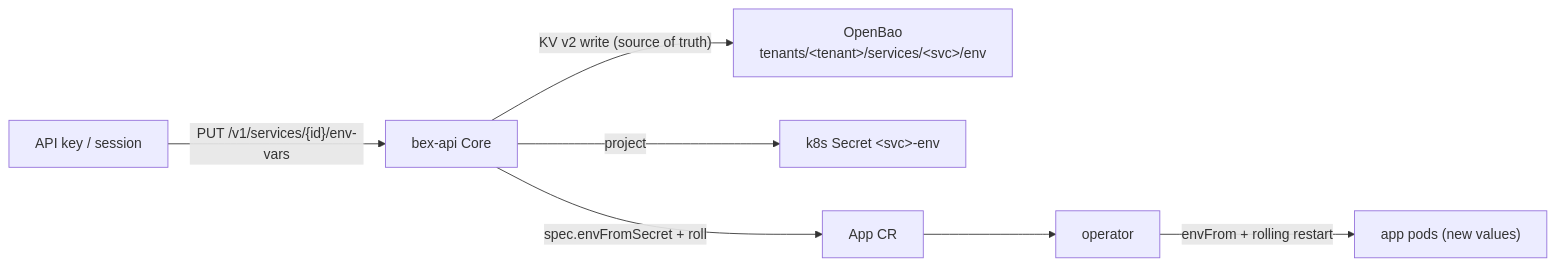
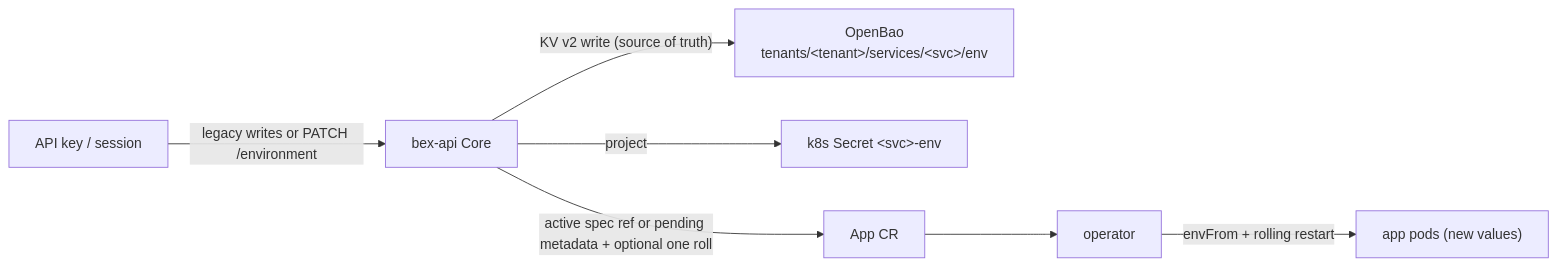
The diagram in docs/ADR013-secrets.md (cuckoo-network/cuckoo), drawn with Mermaid before and after one commit. The commit also changed other lines of this file and 52 other files, not shown here.

````diff
--- a/docs/ADR013-secrets.md
+++ b/docs/ADR013-secrets.md
@@ -71,9 +71,9 @@
 ```mermaid
 flowchart LR
-  caller["API key / session"] -->|"PUT /v1/services/{id}/env-vars"| api["bex-api Core"]
+  caller["API key / session"] -->|"legacy writes or PATCH /environment"| api["bex-api Core"]
   api -->|"KV v2 write (source of truth)"| bao["OpenBao<br/>tenants/&lt;tenant&gt;/services/&lt;svc&gt;/env"]
   api -->|"project"| sec["k8s Secret &lt;svc&gt;-env"]
-  api -->|"spec.envFromSecret + roll"| cr["App CR"]
+  api -->|"active spec ref or pending metadata + optional one roll"| cr["App CR"]
   cr --> op["operator"]
   op -->|"envFrom + rolling restart"| pod["app pods (new values)"]
 ```
````
